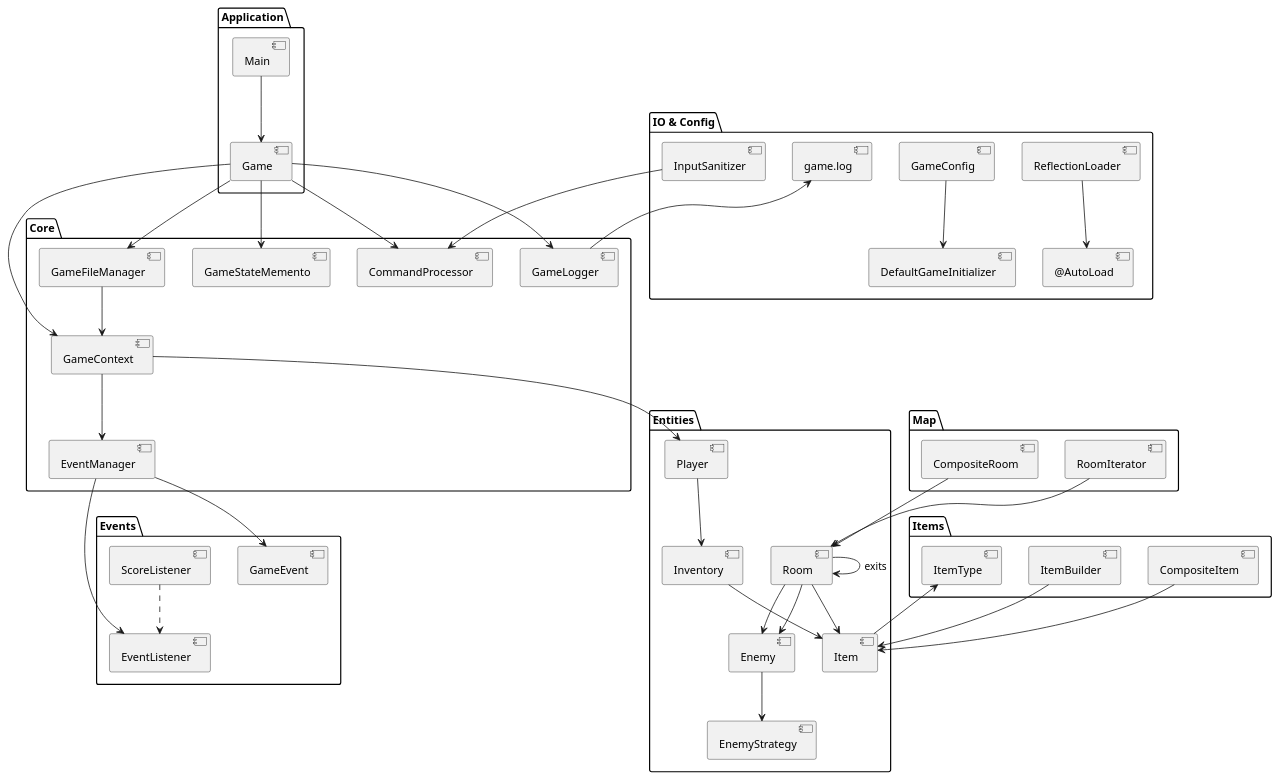
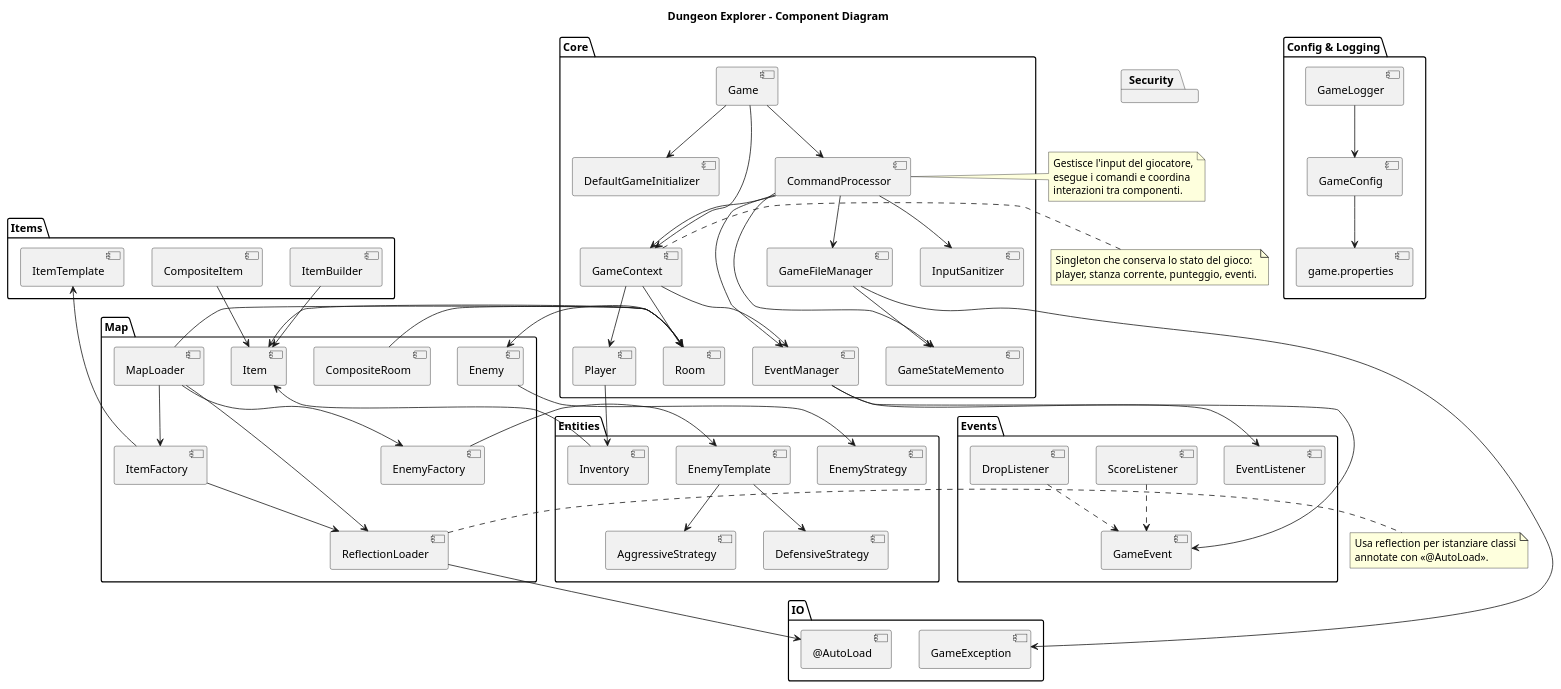
The diagram in Diagrams/ComponentDiagram.puml (manfrinmarco/DungeonsExplorer), drawn with PlantUML before and after one commit. The commit also changed 20 other files, not shown here.

Commit message:
diagrams done

```diff
--- a/Diagrams/ComponentDiagram.puml
+++ b/Diagrams/ComponentDiagram.puml
@@ -1,52 +1,83 @@
 @startuml ComponentDiagram
-' COMPONENT DIAGRAM — Dungeon Explorer
 
-package "Application" {
-  [Main] --> [Game]
-}
+title Dungeon Explorer - Component Diagram 
 
 package "Core" {
   [Game] --> [GameContext]
+  [Game] --> [DefaultGameInitializer]
   [Game] --> [CommandProcessor]
+  [GameContext] --> [Player]
+  [GameContext] --> [Room]
   [GameContext] --> [EventManager]
-  [Game] --> [GameLogger]
-  [Game] --> [GameFileManager]
-  [Game] --> [GameStateMemento]
+  [CommandProcessor] --> [GameContext]
+  [CommandProcessor] --> [GameFileManager]
+  [CommandProcessor] --> [InputSanitizer]
+  [CommandProcessor] --> [EventManager]
+  [CommandProcessor] --> [GameStateMemento]
+}
+
+package "Map" {
+  [Room] --> [Enemy]
+  [Room] --> [Item]
+  [CompositeRoom] --> [Room]
+  [MapLoader] --> [Room]
+  [MapLoader] --> [EnemyFactory]
+  [MapLoader] --> [ItemFactory]
+  [MapLoader] --> [ReflectionLoader]
 }
 
 package "Entities" {
-  [GameContext] --> [Player]
-  [Room] --> [Enemy]
-  [Enemy] --> [EnemyStrategy]
+  [Enemy] --> [EnemyStrategy] <<interface>>
+  [EnemyFactory] --> [EnemyTemplate] <<interface>>
+  [EnemyTemplate] --> [AggressiveStrategy]
+  [EnemyTemplate] --> [DefensiveStrategy]
   [Player] --> [Inventory]
+}
+
+package "Items" {
+  [ItemFactory] --> [ItemTemplate] <<interface>>
+  [ItemFactory] --> [ReflectionLoader]
+  [CompositeItem] --> [Item]
+  [ItemBuilder] --> [Item]
   [Inventory] --> [Item]
 }
 
-package "Items" {
-  [Item] --> [ItemType]
-  [CompositeItem] --> [Item]
-  [ItemBuilder] --> [Item]
+package "Events" {
+  [EventManager] --> [EventListener] <<interface>>
+  [EventManager] --> [GameEvent]
+  [ScoreListener] ..> [GameEvent]
+  [DropListener] ..> [GameEvent]
 }
 
-package "Map" {
-  [Room] --> [Item]
-  [Room] --> [Enemy]
-  [Room] --> [Room] : exits
-  [CompositeRoom] --> [Room]
-  [RoomIterator] --> [Room]
+package "IO" {
+  [GameFileManager] --> [GameStateMemento]
+  [GameFileManager] --> [GameException]
+  [ReflectionLoader] --> [@AutoLoad] <<stereotype>>
 }
 
-package "Events" {
-  [EventManager] --> [GameEvent]
-  [EventManager] --> [EventListener]
-  [ScoreListener] ..> [EventListener]
+package "Config & Logging" {
+  [GameLogger] --> [GameConfig]
+  [GameConfig] --> [game.properties]
 }
 
-package "IO & Config" {
-  [GameFileManager] --> [GameContext]
-  [InputSanitizer] --> [CommandProcessor]
-  [ReflectionLoader] --> [@AutoLoad]
-  [GameConfig] --> [DefaultGameInitializer]
-  [GameLogger] --> [game.log]
+package "Security" {
+  [GameException]
 }
+
+note right of [ReflectionLoader]
+  Usa reflection per istanziare classi
+  annotate con <<@AutoLoad>>.
+end note
+
+note right of [GameContext]
+  Singleton che conserva lo stato del gioco:
+  player, stanza corrente, punteggio, eventi.
+end note
+
+note right of [CommandProcessor]
+  Gestisce l'input del giocatore,
+  esegue i comandi e coordina
+  interazioni tra componenti.
+end note
+
 @enduml
```
